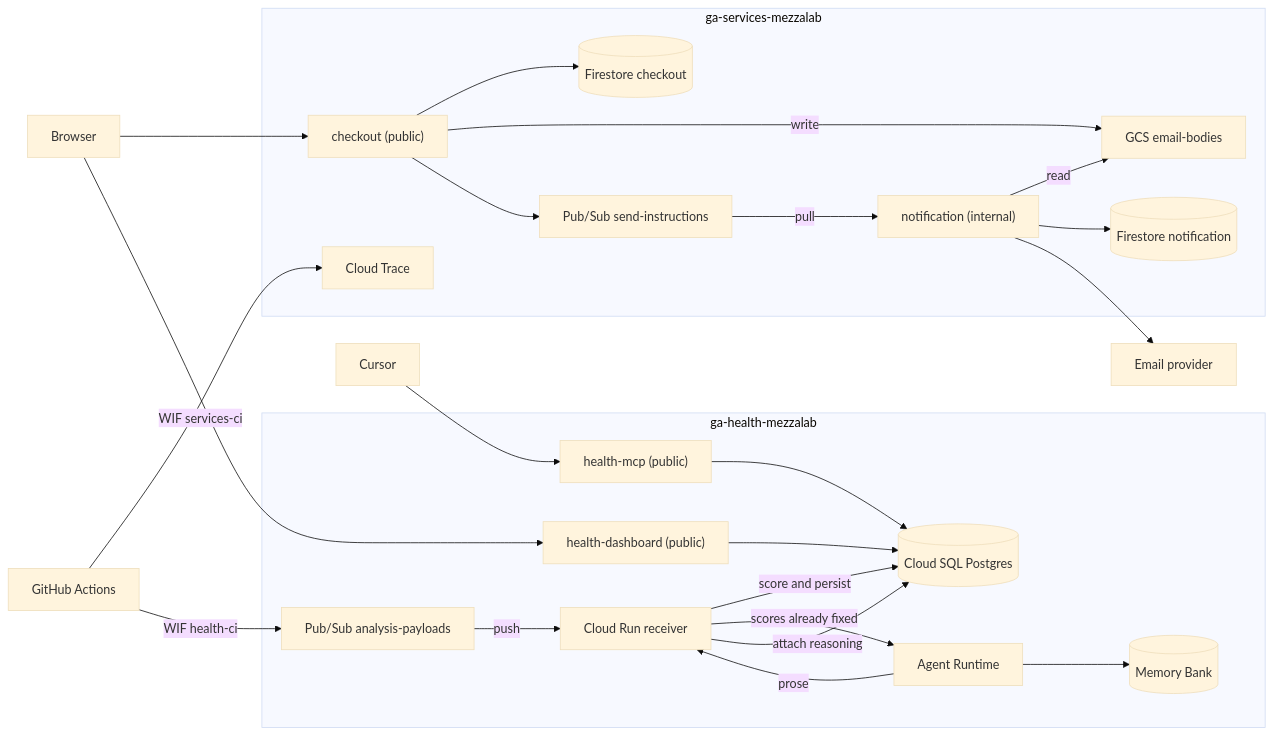
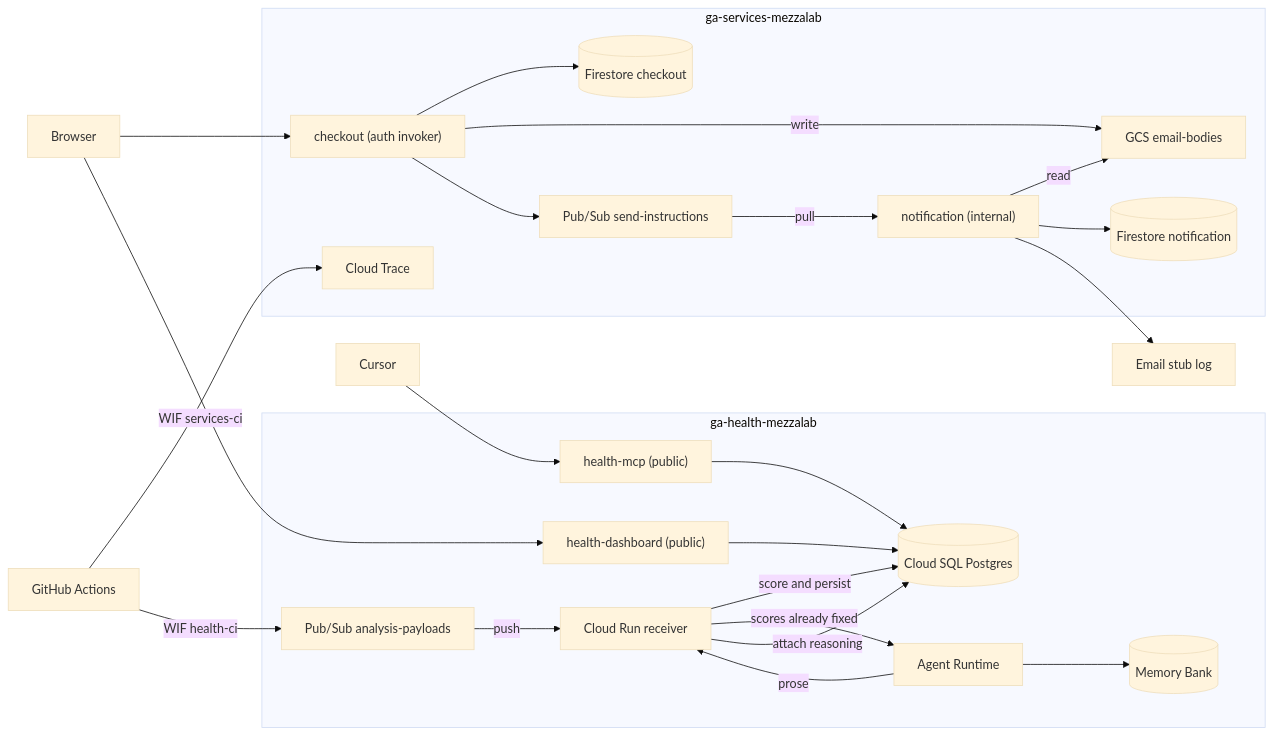
Before and after one commit to lucamezzalira/gcp-agents-architecture: the diagram in README.md, drawn with Mermaid (base theme). The commit also changed other lines of this file and 108 other files, not shown here.

````diff
--- a/README.md
+++ b/README.md
@@ -21,49 +21,49 @@
 ```mermaid
 flowchart LR
   cursor[Cursor]
   browser[Browser]
-  email[Email provider]
+  stub[Email stub log]
 
   subgraph svc["ga-services-mezzalab"]
-    checkout["checkout (public)"]
+    checkout["checkout (auth invoker)"]
     send["Pub/Sub send-instructions"]
     gcs["GCS email-bodies"]
     fsC[("Firestore checkout")]
     notif["notification (internal)"]
     fsN[("Firestore notification")]
     trace[Cloud Trace]
   end
 
   subgraph hlth["ga-health-mezzalab"]
     dash["health-dashboard (public)"]
     mcp["health-mcp (public)"]
     analysis["Pub/Sub analysis-payloads"]
     receiver["Cloud Run receiver"]
     runtime["Agent Runtime"]
     sql[("Cloud SQL Postgres")]
     mb[("Memory Bank")]
   end
 
   gha[GitHub Actions]
 
   browser --> checkout
   browser --> dash
   cursor --> mcp
   checkout --> fsC
   checkout -->|write| gcs
   checkout --> send
   send -->|pull| notif
   notif -->|read| gcs
   notif --> fsN
-  notif --> email
+  notif --> stub
   dash --> sql
   mcp --> sql
   gha -->|WIF services-ci| trace
   gha -->|WIF health-ci| analysis
   analysis -->|push| receiver
   receiver -->|score and persist| sql
   receiver -->|scores already fixed| runtime
   runtime --> mb
   runtime -->|prose| receiver
   receiver -->|attach reasoning| sql
 ```
````
